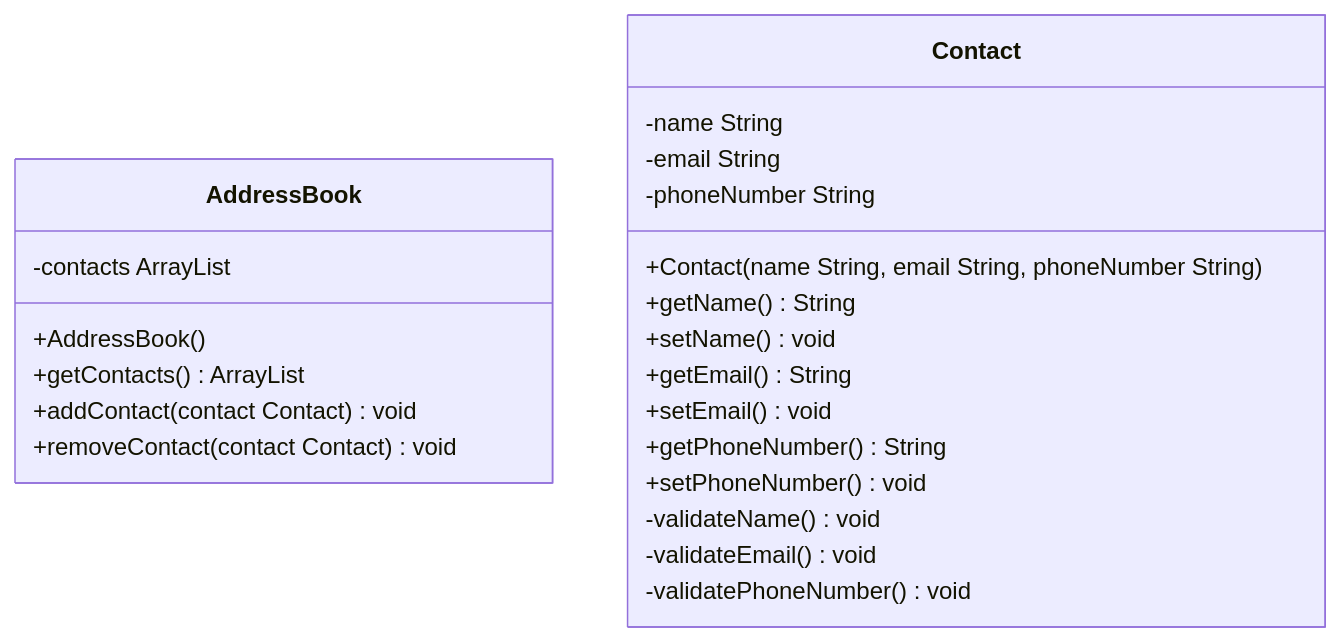
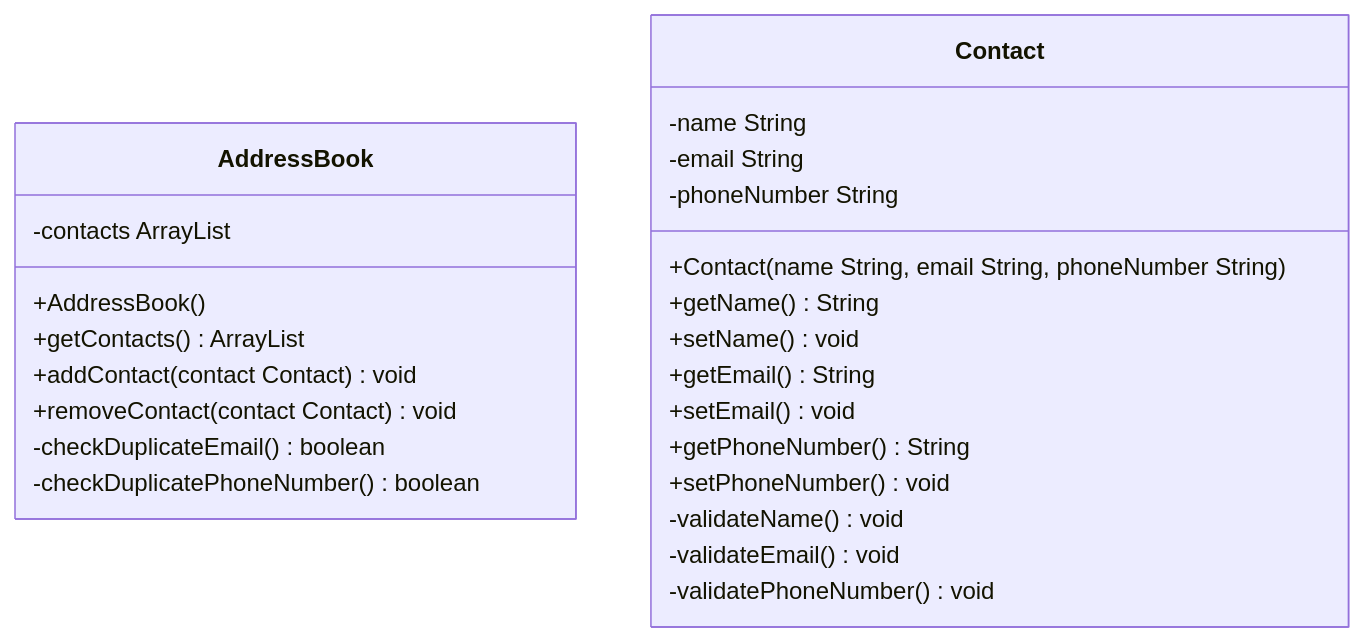
The diagram in docs/domain-models-test-plan.md (iamnickko/java-addressBook), drawn with Mermaid before and after one commit. The commit also changed 2 other files, not shown here.

Commit message:
NEW: added testArrayListSizeDecreasesBy1WhenContactIsRemoved()

````diff
--- a/docs/domain-models-test-plan.md
+++ b/docs/domain-models-test-plan.md
@@ -3,25 +3,27 @@
 ```mermaid
 classDiagram
     class AddressBook {
         -contacts ArrayList<Contact>
         +AddressBook()
         +getContacts() ArrayList<Contact>
         +addContact(contact Contact) void
         +removeContact(contact Contact) void
+        -checkDuplicateEmail() boolean
+        -checkDuplicatePhoneNumber() boolean
     }
     class Contact {
         -name String
         -email String
         -phoneNumber String
         +Contact(name String, email String, phoneNumber String)
         +getName() String
         +setName() void
         +getEmail() String
         +setEmail() void
         +getPhoneNumber() String
         +setPhoneNumber() void
         -validateName() void
         -validateEmail() void
         -validatePhoneNumber() void
     }
 ```
````
